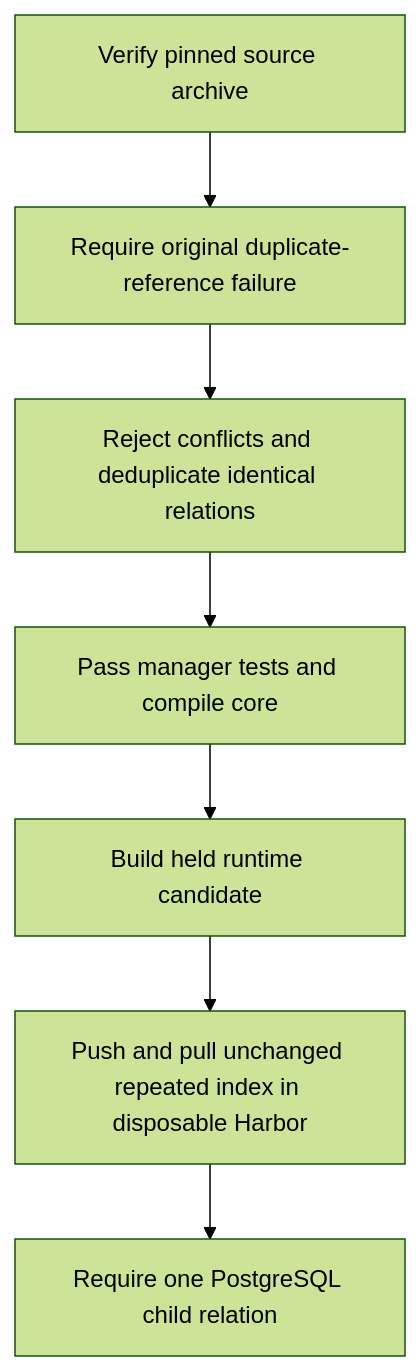
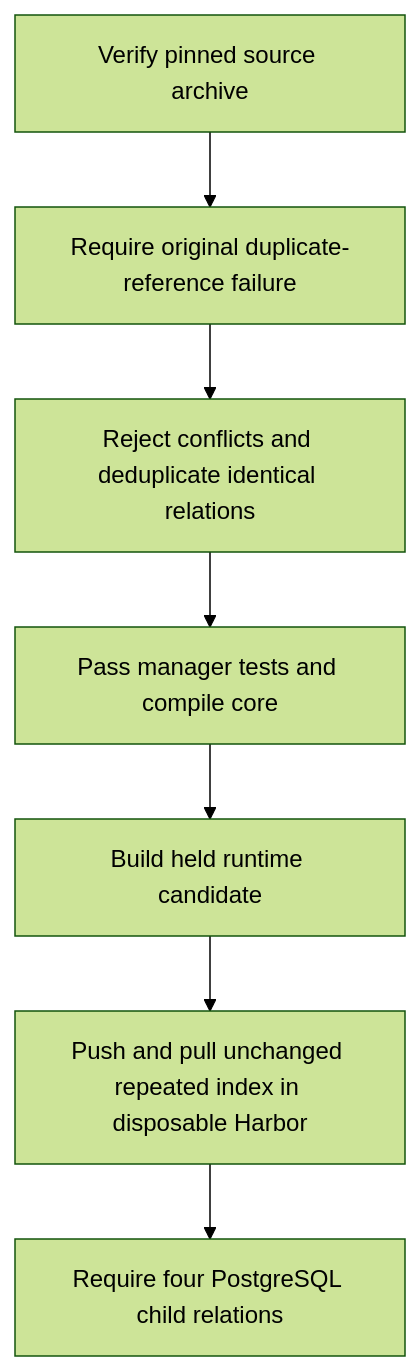
The first of 2 diagrams in openwiki/operations/harbor-oci.md (Stuhlmuller/homelab), drawn with Mermaid (forest theme) before and after one commit. The commit also changed other lines of this file and 7 other files, not shown here.

````diff
--- a/openwiki/operations/harbor-oci.md
+++ b/openwiki/operations/harbor-oci.md
@@ -425,9 +426,9 @@
 ```mermaid
 flowchart TD
     Source["Verify pinned source archive"] --> Baseline["Require original duplicate-reference failure"]
     Baseline --> Repair["Reject conflicts and deduplicate identical relations"]
     Repair --> Compile["Pass manager tests and compile core"]
     Compile --> Candidate["Build held runtime candidate"]
     Candidate --> Registry["Push and pull unchanged repeated index in disposable Harbor"]
-    Registry --> Database["Require one PostgreSQL child relation"]
+    Registry --> Database["Require four PostgreSQL child relations"]
 ```
````
